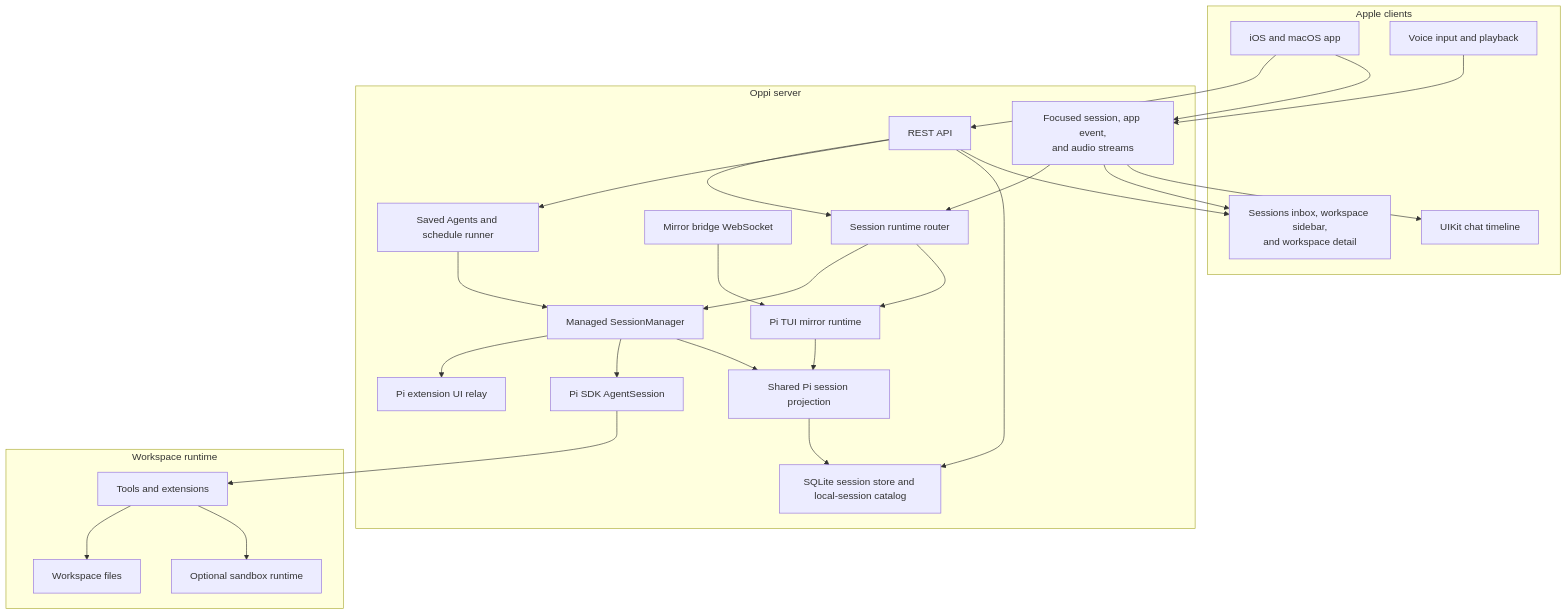
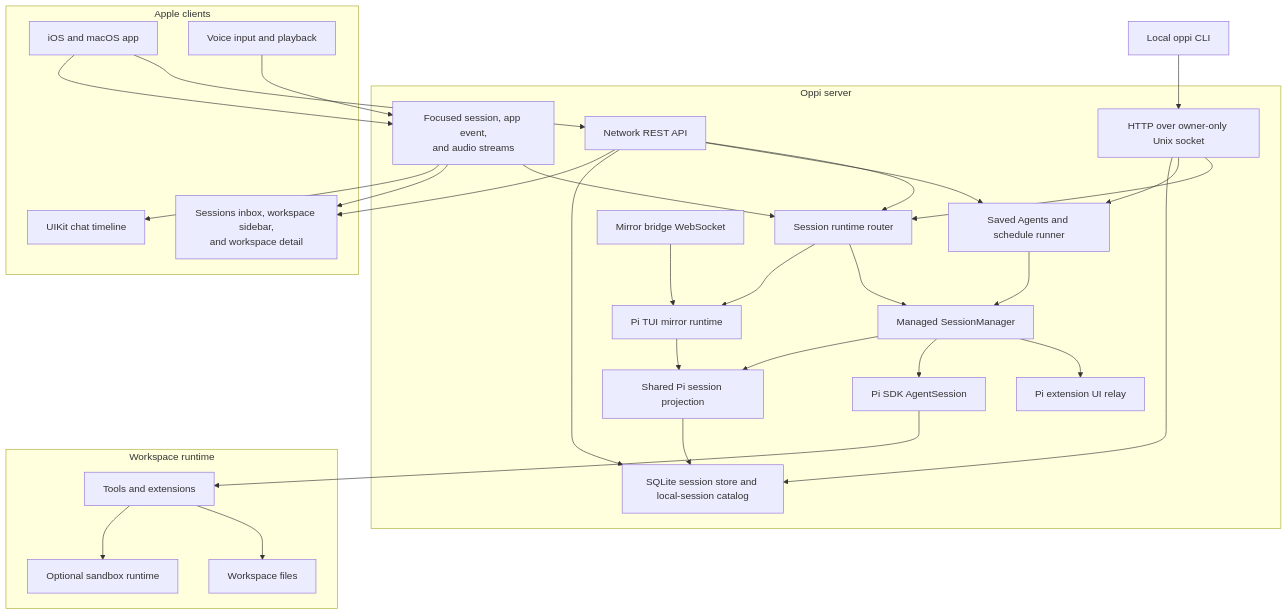
The first of 3 diagrams in docs/architecture.md (duh17/oppi), drawn with Mermaid before and after one commit. The commit also changed other lines of this file and 32 other files, not shown here.

Commit message:
feat: use Unix socket for local CLI

````diff
--- a/docs/architecture.md
+++ b/docs/architecture.md
@@ -20,52 +20,59 @@
 ```mermaid
 graph TD
   subgraph Apple[Apple clients]
     App[iOS and macOS app]
     WorkspaceUI[Sessions inbox, workspace sidebar,<br/>and workspace detail]
     Timeline[UIKit chat timeline]
     Voice[Voice input and playback]
   end
 
+  CLI[Local oppi CLI]
+
   subgraph Server[Oppi server]
-    HTTP[REST API]
+    LocalHTTP[HTTP over owner-only Unix socket]
+    HTTP[Network REST API]
     Streams[Focused session, app event,<br/>and audio streams]
     Router[Session runtime router]
     Sessions[Managed SessionManager]
     Mirror[Pi TUI mirror runtime]
     Bridge[Mirror bridge WebSocket]
     ExtensionUI[Pi extension UI relay]
     Automations[Saved Agents and schedule runner]
     Storage[SQLite session store and local-session catalog]
     Project[Shared Pi session projection]
     Pi[Pi SDK AgentSession]
   end
 
   subgraph Workspace[Workspace runtime]
     Files[Workspace files]
     Tools[Tools and extensions]
     Sandbox[Optional sandbox runtime]
   end
 
+  CLI --> LocalHTTP
+  LocalHTTP --> Router
+  LocalHTTP --> Automations
+  LocalHTTP --> Storage
   App --> HTTP
   App --> Streams
   HTTP --> Router
   HTTP --> Automations
   HTTP --> Storage
   Streams --> Router
   Router --> Sessions
   Router --> Mirror
   Bridge --> Mirror
   Automations --> Sessions
   Sessions --> ExtensionUI
   Sessions --> Pi
   Sessions --> Project
   Mirror --> Project
   Pi --> Tools
   Tools --> Files
   Project --> Storage
   Tools --> Sandbox
   HTTP --> WorkspaceUI
   Streams --> WorkspaceUI
   Streams --> Timeline
   Voice --> Streams
 ```
````
